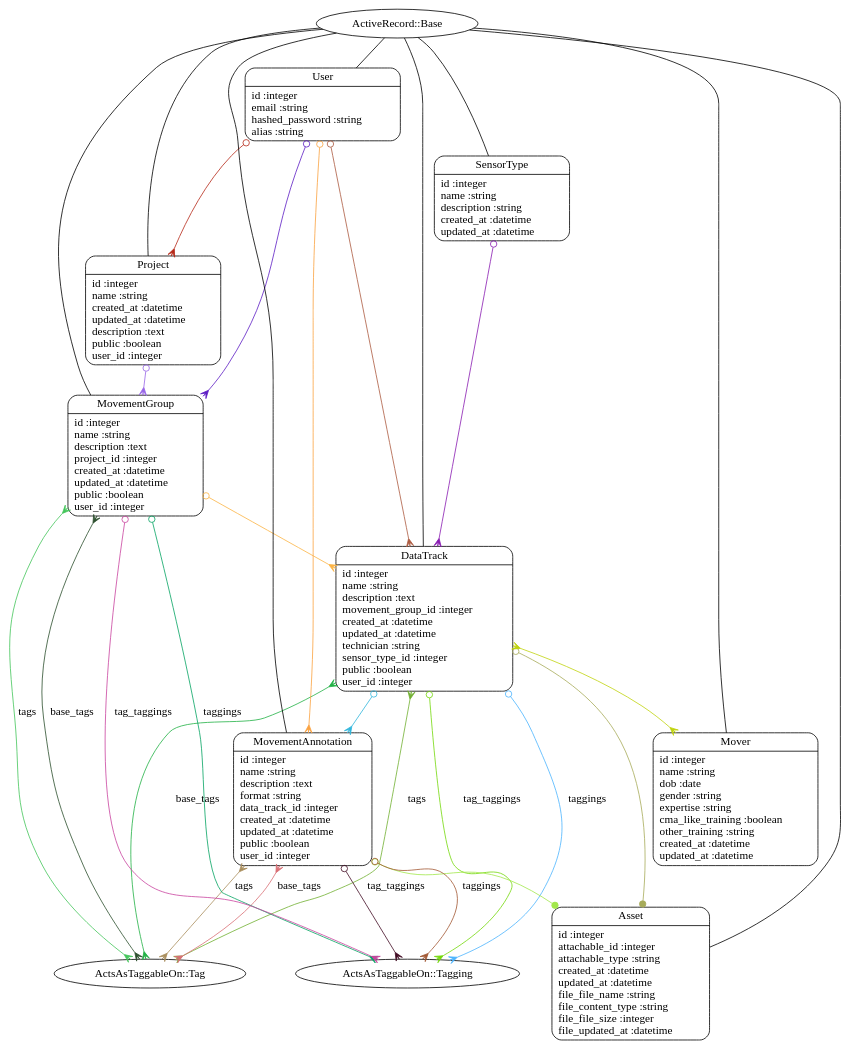
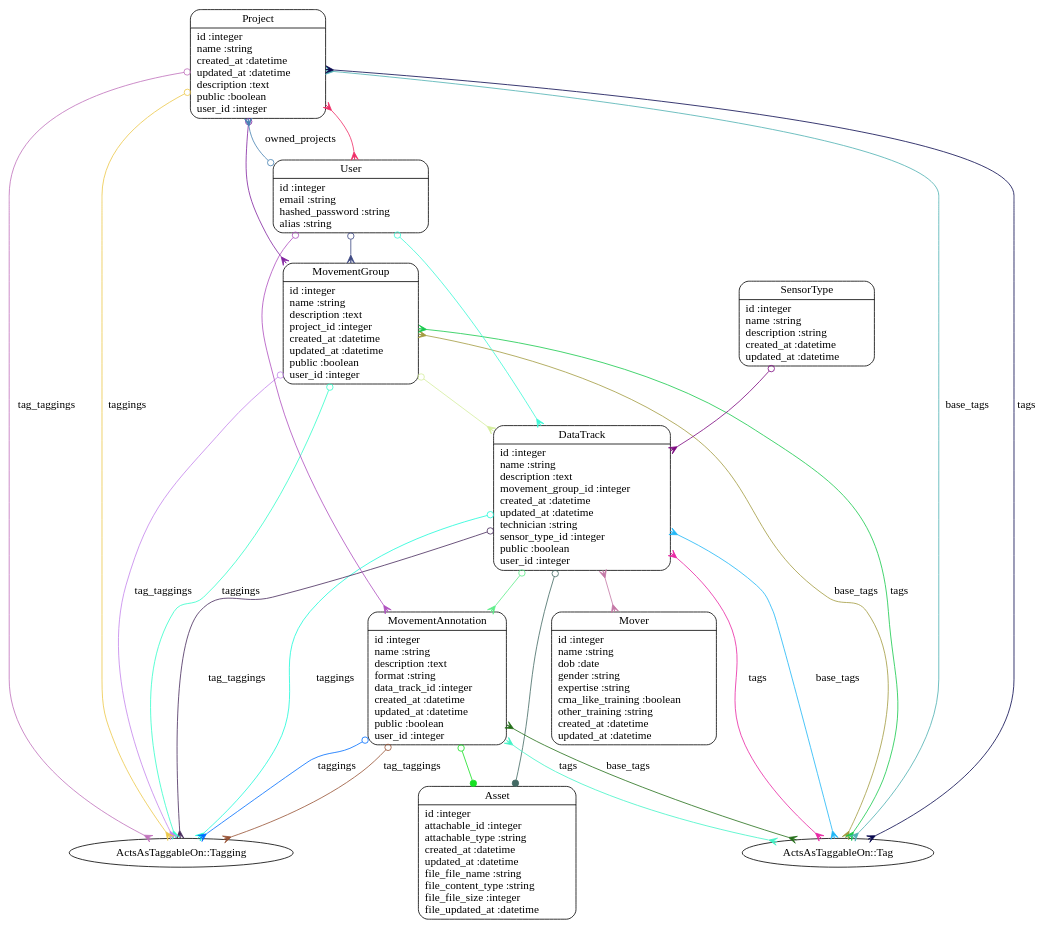
The diagram in full_models.dot (subirranjan1/mm-file-support), drawn with Graphviz before and after one commit. The commit also changed 9 other files, not shown here.

```diff
--- a/full_models.dot
+++ b/full_models.dot
@@ -1,42 +1,39 @@
 digraph models_diagram {
 	graph[overlap=false, splines=true]
 	"Asset" [shape=Mrecord, label="{Asset|id :integer\lattachable_id :integer\lattachable_type :string\lcreated_at :datetime\lupdated_at :datetime\lfile_file_name :string\lfile_content_type :string\lfile_file_size :integer\lfile_updated_at :datetime\l}"]
 	"DataTrack" [shape=Mrecord, label="{DataTrack|id :integer\lname :string\ldescription :text\lmovement_group_id :integer\lcreated_at :datetime\lupdated_at :datetime\ltechnician :string\lsensor_type_id :integer\lpublic :boolean\luser_id :integer\l}"]
 	"MovementAnnotation" [shape=Mrecord, label="{MovementAnnotation|id :integer\lname :string\ldescription :text\lformat :string\ldata_track_id :integer\lcreated_at :datetime\lupdated_at :datetime\lpublic :boolean\luser_id :integer\l}"]
 	"MovementGroup" [shape=Mrecord, label="{MovementGroup|id :integer\lname :string\ldescription :text\lproject_id :integer\lcreated_at :datetime\lupdated_at :datetime\lpublic :boolean\luser_id :integer\l}"]
 	"Mover" [shape=Mrecord, label="{Mover|id :integer\lname :string\ldob :date\lgender :string\lexpertise :string\lcma_like_training :boolean\lother_training :string\lcreated_at :datetime\lupdated_at :datetime\l}"]
 	"Project" [shape=Mrecord, label="{Project|id :integer\lname :string\lcreated_at :datetime\lupdated_at :datetime\ldescription :text\lpublic :boolean\luser_id :integer\l}"]
 	"SensorType" [shape=Mrecord, label="{SensorType|id :integer\lname :string\ldescription :string\lcreated_at :datetime\lupdated_at :datetime\l}"]
 	"User" [shape=Mrecord, label="{User|id :integer\lemail :string\lhashed_password :string\lalias :string\l}"]
-	"ActiveRecord::Base" -> "Asset" [label="", arrowhead="none", arrowtail="onormal"]
-	"DataTrack" -> "Asset" [arrowtail=odot, arrowhead=dot, dir=both color="#A7AB5A"]
-	"DataTrack" -> "MovementAnnotation" [arrowtail=odot, arrowhead=crow, dir=both color="#32B6DC"]
-	"DataTrack" -> "Mover" [arrowtail=crow, arrowhead=crow, dir=both color="#C0D40F"]
-	"DataTrack" -> "ActsAsTaggableOn::Tagging" [label="taggings", arrowtail=odot, arrowhead=crow, dir=both color="#4CB4FE"]
-	"DataTrack" -> "ActsAsTaggableOn::Tag" [label="base_tags", arrowtail=crow, arrowhead=crow, dir=both color="#23B246"]
-	"DataTrack" -> "ActsAsTaggableOn::Tagging" [label="tag_taggings", arrowtail=odot, arrowhead=crow, dir=both color="#74D80B"]
-	"DataTrack" -> "ActsAsTaggableOn::Tag" [label="tags", arrowtail=crow, arrowhead=crow, dir=both color="#72B032"]
-	"ActiveRecord::Base" -> "DataTrack" [label="", arrowhead="none", arrowtail="onormal"]
-	"MovementAnnotation" -> "Asset" [arrowtail=odot, arrowhead=dot, dir=both color="#A3E84C"]
-	"MovementAnnotation" -> "ActsAsTaggableOn::Tagging" [label="taggings", arrowtail=odot, arrowhead=crow, dir=both color="#A35934"]
-	"MovementAnnotation" -> "ActsAsTaggableOn::Tag" [label="base_tags", arrowtail=crow, arrowhead=crow, dir=both color="#DA6F75"]
-	"MovementAnnotation" -> "ActsAsTaggableOn::Tagging" [label="tag_taggings", arrowtail=odot, arrowhead=crow, dir=both color="#430D25"]
-	"MovementAnnotation" -> "ActsAsTaggableOn::Tag" [label="tags", arrowtail=crow, arrowhead=crow, dir=both color="#AA8F5E"]
-	"ActiveRecord::Base" -> "MovementAnnotation" [label="", arrowhead="none", arrowtail="onormal"]
-	"MovementGroup" -> "DataTrack" [arrowtail=odot, arrowhead=crow, dir=both color="#FCB444"]
-	"MovementGroup" -> "ActsAsTaggableOn::Tagging" [label="taggings", arrowtail=odot, arrowhead=crow, dir=both color="#06A463"]
-	"MovementGroup" -> "ActsAsTaggableOn::Tag" [label="base_tags", arrowtail=crow, arrowhead=crow, dir=both color="#2C502E"]
-	"MovementGroup" -> "ActsAsTaggableOn::Tagging" [label="tag_taggings", arrowtail=odot, arrowhead=crow, dir=both color="#CA45A0"]
-	"MovementGroup" -> "ActsAsTaggableOn::Tag" [label="tags", arrowtail=crow, arrowhead=crow, dir=both color="#44C65B"]
-	"ActiveRecord::Base" -> "MovementGroup" [label="", arrowhead="none", arrowtail="onormal"]
-	"ActiveRecord::Base" -> "Mover" [label="", arrowhead="none", arrowtail="onormal"]
-	"Project" -> "MovementGroup" [arrowtail=odot, arrowhead=crow, dir=both color="#9866E7"]
-	"ActiveRecord::Base" -> "Project" [label="", arrowhead="none", arrowtail="onormal"]
-	"SensorType" -> "DataTrack" [arrowtail=odot, arrowhead=crow, dir=both color="#891CB2"]
-	"ActiveRecord::Base" -> "SensorType" [label="", arrowhead="none", arrowtail="onormal"]
-	"User" -> "Project" [arrowtail=odot, arrowhead=crow, dir=both color="#B72A1A"]
-	"User" -> "DataTrack" [arrowtail=odot, arrowhead=crow, dir=both color="#AC5B40"]
-	"User" -> "MovementGroup" [arrowtail=odot, arrowhead=crow, dir=both color="#5E1DC5"]
-	"User" -> "MovementAnnotation" [arrowtail=odot, arrowhead=crow, dir=both color="#FAA241"]
-	"ActiveRecord::Base" -> "User" [label="", arrowhead="none", arrowtail="onormal"]
+	"DataTrack" -> "Asset" [arrowtail=odot, arrowhead=dot, dir=both color="#436A64"]
+	"DataTrack" -> "MovementAnnotation" [arrowtail=odot, arrowhead=crow, dir=both color="#5EEE89"]
+	"DataTrack" -> "Mover" [arrowtail=crow, arrowhead=crow, dir=both color="#C478A6"]
+	"DataTrack" -> "ActsAsTaggableOn::Tagging" [label="taggings", arrowtail=odot, arrowhead=crow, dir=both color="#1CFAD8"]
+	"DataTrack" -> "ActsAsTaggableOn::Tag" [label="base_tags", arrowtail=crow, arrowhead=crow, dir=both color="#1FB6F6"]
+	"DataTrack" -> "ActsAsTaggableOn::Tagging" [label="tag_taggings", arrowtail=odot, arrowhead=crow, dir=both color="#472A5C"]
+	"DataTrack" -> "ActsAsTaggableOn::Tag" [label="tags", arrowtail=crow, arrowhead=crow, dir=both color="#E926A4"]
+	"MovementAnnotation" -> "Asset" [arrowtail=odot, arrowhead=dot, dir=both color="#16E022"]
+	"MovementAnnotation" -> "ActsAsTaggableOn::Tagging" [label="taggings", arrowtail=odot, arrowhead=crow, dir=both color="#006EFE"]
+	"MovementAnnotation" -> "ActsAsTaggableOn::Tag" [label="base_tags", arrowtail=crow, arrowhead=crow, dir=both color="#246F19"]
+	"MovementAnnotation" -> "ActsAsTaggableOn::Tagging" [label="tag_taggings", arrowtail=odot, arrowhead=crow, dir=both color="#975234"]
+	"MovementAnnotation" -> "ActsAsTaggableOn::Tag" [label="tags", arrowtail=crow, arrowhead=crow, dir=both color="#42F4C7"]
+	"MovementGroup" -> "DataTrack" [arrowtail=odot, arrowhead=crow, dir=both color="#D5EE9D"]
+	"MovementGroup" -> "ActsAsTaggableOn::Tagging" [label="taggings", arrowtail=odot, arrowhead=crow, dir=both color="#33FECA"]
+	"MovementGroup" -> "ActsAsTaggableOn::Tag" [label="base_tags", arrowtail=crow, arrowhead=crow, dir=both color="#A39B3F"]
+	"MovementGroup" -> "ActsAsTaggableOn::Tagging" [label="tag_taggings", arrowtail=odot, arrowhead=crow, dir=both color="#C584ED"]
+	"MovementGroup" -> "ActsAsTaggableOn::Tag" [label="tags", arrowtail=crow, arrowhead=crow, dir=both color="#17CA4C"]
+	"Project" -> "MovementGroup" [arrowtail=odot, arrowhead=crow, dir=both color="#8224A0"]
+	"Project" -> "User" [arrowtail=crow, arrowhead=crow, dir=both color="#EF2E67"]
+	"Project" -> "ActsAsTaggableOn::Tagging" [label="taggings", arrowtail=odot, arrowhead=crow, dir=both color="#ECC84A"]
+	"Project" -> "ActsAsTaggableOn::Tag" [label="base_tags", arrowtail=crow, arrowhead=crow, dir=both color="#4DB0B1"]
+	"Project" -> "ActsAsTaggableOn::Tagging" [label="tag_taggings", arrowtail=odot, arrowhead=crow, dir=both color="#BF70BB"]
+	"Project" -> "ActsAsTaggableOn::Tag" [label="tags", arrowtail=crow, arrowhead=crow, dir=both color="#08084F"]
+	"SensorType" -> "DataTrack" [arrowtail=odot, arrowhead=crow, dir=both color="#7D0981"]
+	"User" -> "Project" [label="owned_projects", arrowtail=odot, arrowhead=crow, dir=both color="#4680B2"]
+	"User" -> "DataTrack" [arrowtail=odot, arrowhead=crow, dir=both color="#3CF9D6"]
+	"User" -> "MovementGroup" [arrowtail=odot, arrowhead=crow, dir=both color="#3D4882"]
+	"User" -> "MovementAnnotation" [arrowtail=odot, arrowhead=crow, dir=both color="#AF50BF"]
 }
```
